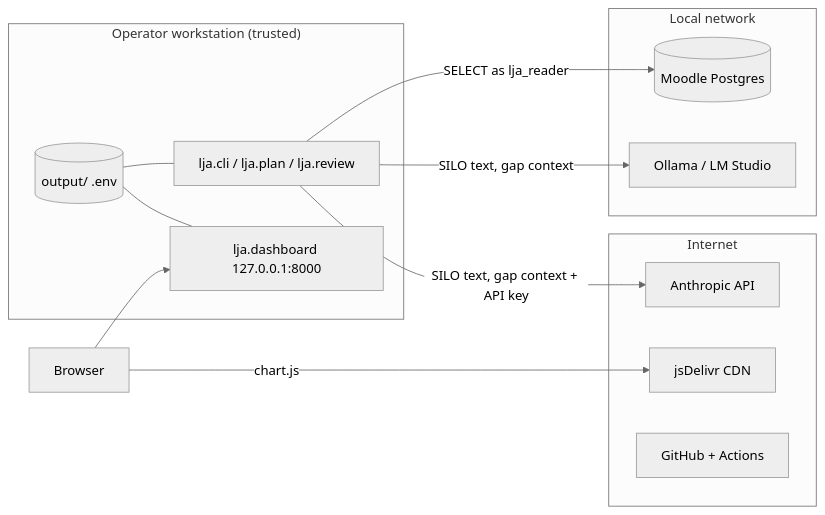
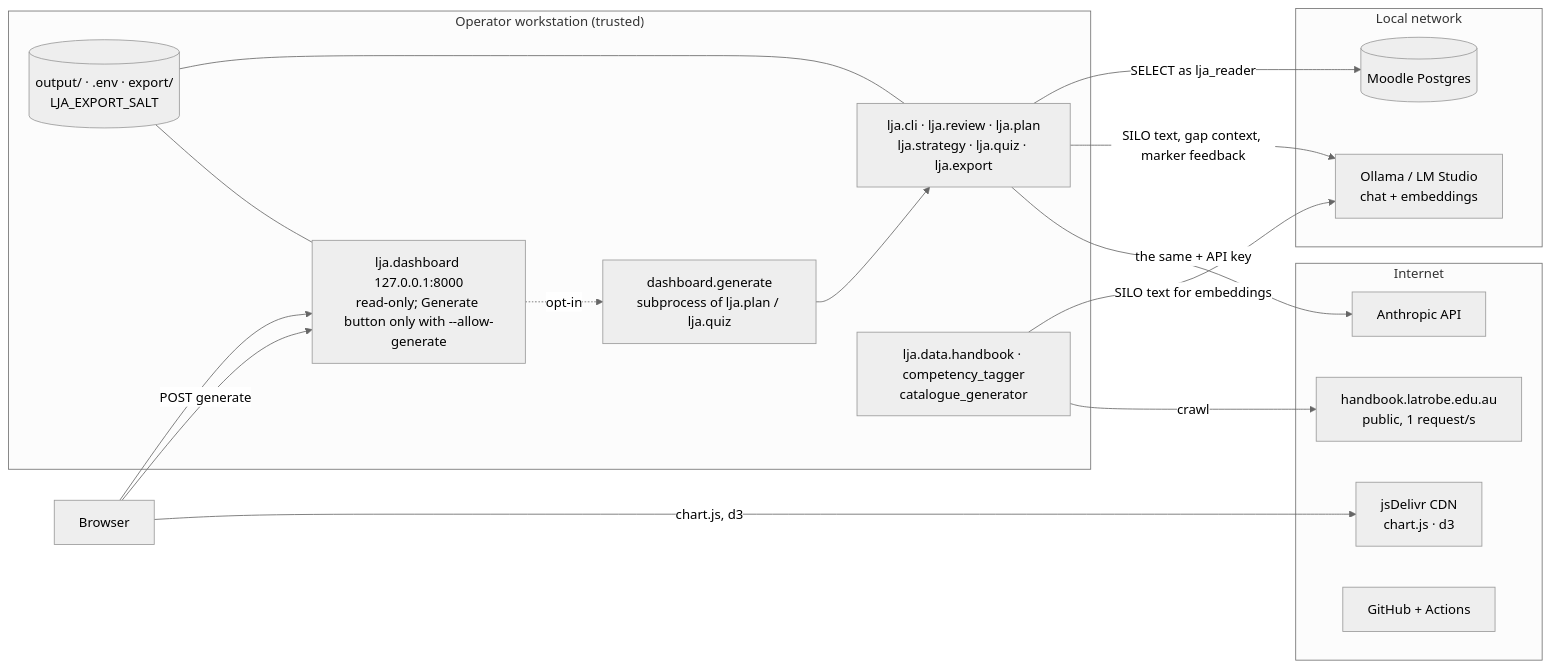
One commit to yetanotherpassword/LearningJourneyAssistant changed the diagram in docs/handover/diagrams/06-trust-boundaries.mmd. Above: the diagram before and after it, drawn with Mermaid (neutral theme). The commit also changed 48 other files, not shown here.

```diff
--- a/docs/handover/diagrams/06-trust-boundaries.mmd
+++ b/docs/handover/diagrams/06-trust-boundaries.mmd
@@ -1,23 +1,30 @@
 flowchart LR
     subgraph Workstation["Operator workstation (trusted)"]
-        CLI[lja.cli / lja.plan / lja.review]
-        DASH[lja.dashboard 127.0.0.1:8000]
-        FILES[(output/ .env)]
+        CLI[lja.cli · lja.review · lja.plan<br/>lja.strategy · lja.quiz · lja.export]
+        DASH[lja.dashboard 127.0.0.1:8000<br/>read-only; Generate button only with --allow-generate]
+        GEN[dashboard.generate<br/>subprocess of lja.plan / lja.quiz]
+        FILES[(output/ · .env · export/<br/>LJA_EXPORT_SALT)]
+        TOOLS[lja.data.handbook · competency_tagger<br/>catalogue_generator]
     end
     subgraph Local["Local network"]
         MOODLE[(Moodle Postgres)]
-        OLLAMA[Ollama / LM Studio]
+        OLLAMA[Ollama / LM Studio<br/>chat + embeddings]
     end
     subgraph Internet
         ANTH[Anthropic API]
-        CDN[jsDelivr CDN]
+        CDN[jsDelivr CDN<br/>chart.js · d3]
+        HB[handbook.latrobe.edu.au<br/>public, 1 request/s]
         GH[GitHub + Actions]
     end
     BROWSER[Browser]
     CLI -- SELECT as lja_reader --> MOODLE
-    CLI -- SILO text, gap context --> OLLAMA
-    CLI -- SILO text, gap context + API key --> ANTH
+    CLI -- SILO text, gap context, marker feedback --> OLLAMA
+    CLI -- the same + API key --> ANTH
+    TOOLS -- SILO text for embeddings --> OLLAMA
+    TOOLS -- crawl --> HB
     BROWSER --> DASH
-    BROWSER -- chart.js --> CDN
+    BROWSER -- POST generate --> DASH
+    DASH -. opt-in .-> GEN --> CLI
+    BROWSER -- chart.js, d3 --> CDN
     FILES --- CLI
     FILES --- DASH
```
